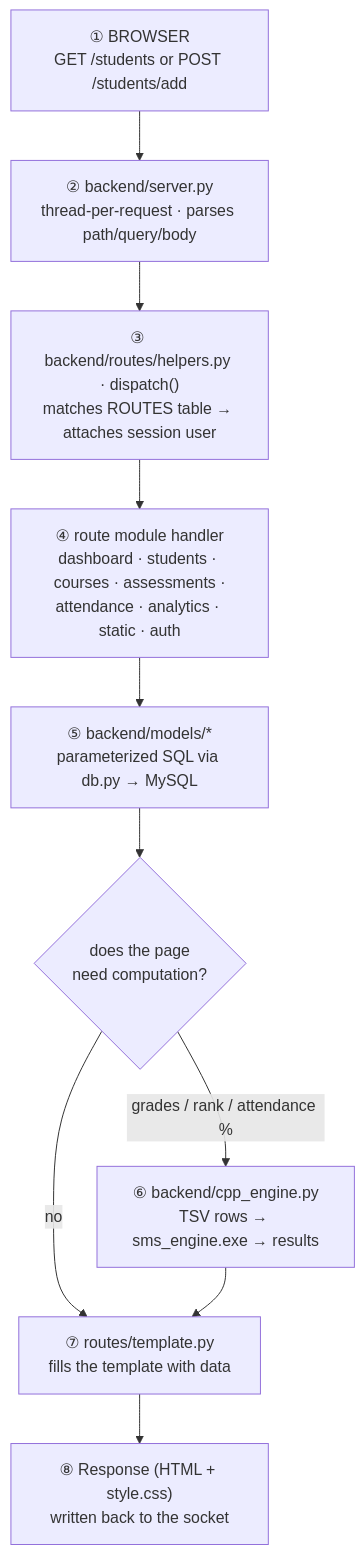
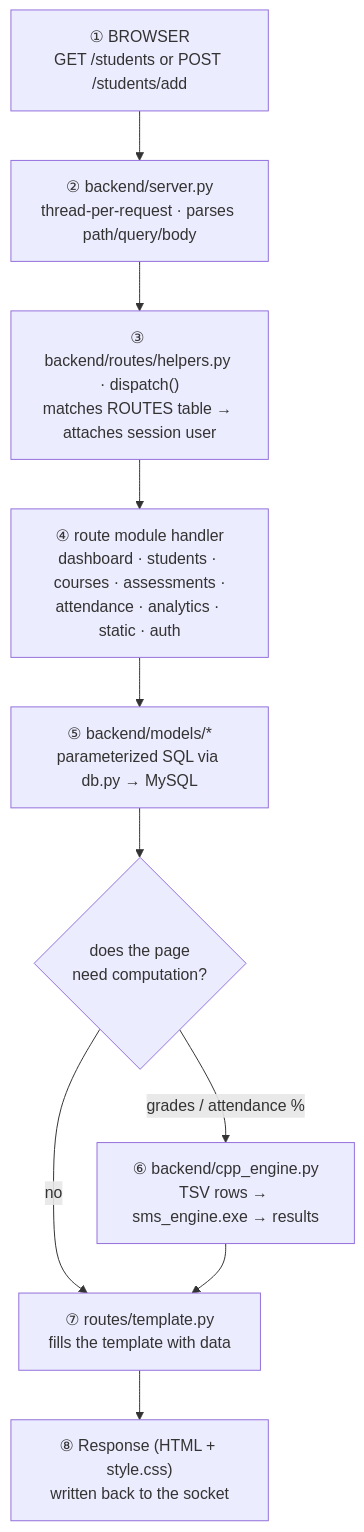
One commit to vibh0rretr0-sudo/Student-Management-System changed the second of 3 diagrams in docs/FLOWCHART.md. Above: the diagram before and after it, drawn with Mermaid. The commit also changed other lines of this file and 50 other files, not shown here.

````diff
--- a/docs/FLOWCHART.md
+++ b/docs/FLOWCHART.md
@@ -70,12 +70,12 @@
 ```mermaid
 flowchart TD
     A["① BROWSER<br/>GET /students or POST /students/add"] --> B["② backend/server.py<br/>thread-per-request · parses path/query/body"]
     B --> C["③ backend/routes/helpers.py · dispatch()<br/>matches ROUTES table → attaches session user"]
     C --> D["④ route module handler<br/>dashboard · students · courses · assessments ·<br/>attendance · analytics · static · auth"]
     D --> E["⑤ backend/models/*<br/>parameterized SQL via db.py → MySQL"]
     E --> F{"does the page<br/>need computation?"}
-    F -- "grades / rank / attendance %" --> G["⑥ backend/cpp_engine.py<br/>TSV rows → sms_engine.exe → results"]
+    F -- "grades / attendance %" --> G["⑥ backend/cpp_engine.py<br/>TSV rows → sms_engine.exe → results"]
     F -- "no" --> H
     G --> H["⑦ routes/template.py<br/>fills the template with data"]
     H --> I["⑧ Response (HTML + style.css)<br/>written back to the socket"]
 ```
````
